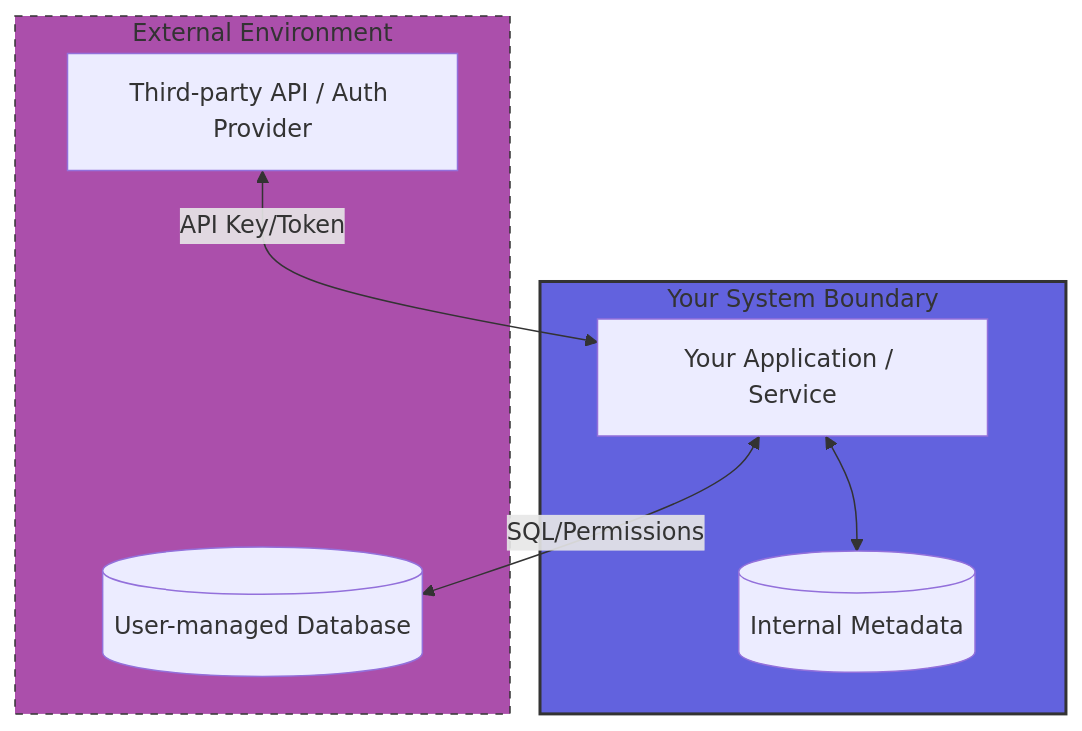
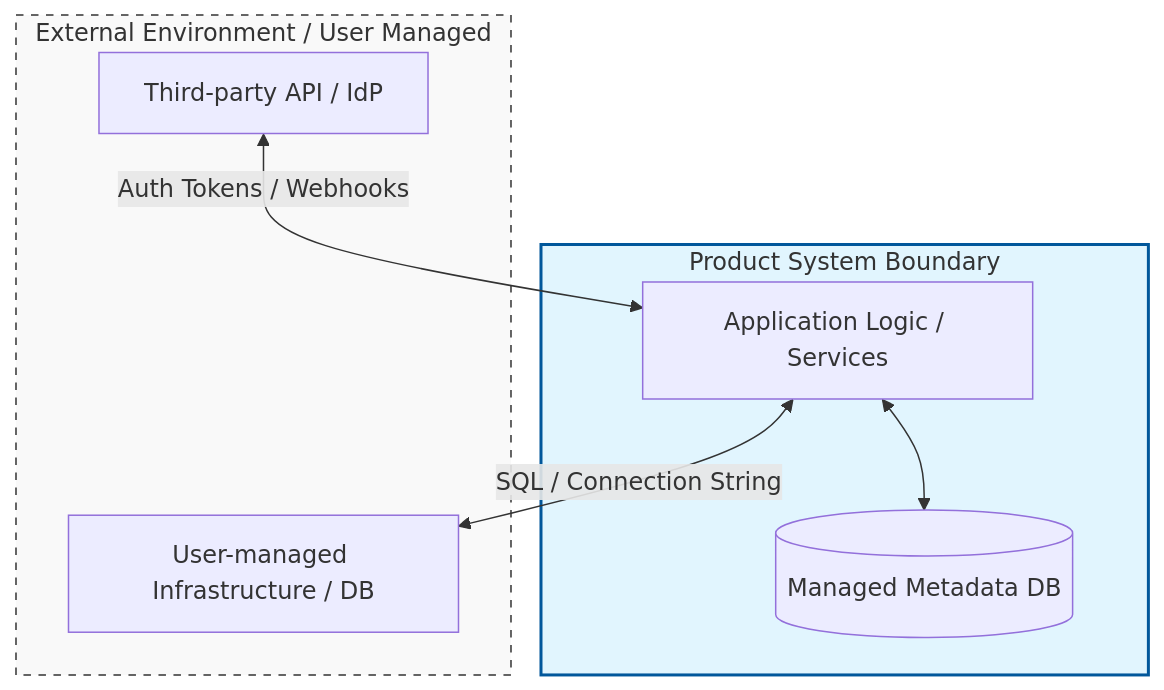
One commit to vaishvanara/techwritingkb changed the diagram in docs/systems-thinking/system-boundary.md. Above: the diagram before and after it, drawn with Mermaid. The commit also changed other lines of this file and 26 other files, not shown here.

````diff
--- a/docs/systems-thinking/system-boundary.md
+++ b/docs/systems-thinking/system-boundary.md
@@ -39,19 +39,19 @@
 ```mermaid
 graph TD
-    subgraph External_Environment [External Environment]
-        ThirdParty[Third-party API / Auth Provider]
-        UserDB[(User-managed Database)]
+    subgraph External_Environment [External Environment / User Managed]
+        ThirdParty[Third-party API / IdP]
+        UserInfra[User-managed Infrastructure / DB]
     end
 
-    subgraph System_Boundary [Your System Boundary]
-        App[Your Application / Service]
-        InternalDB[(Internal Metadata)]
+    subgraph System_Boundary [Product System Boundary]
+        App[Application Logic / Services]
+        InternalDB[(Managed Metadata DB)]
     end
 
-    ThirdParty <-->|API Key/Token| App
-    App <-->|SQL/Permissions| UserDB
+    ThirdParty <-->|Auth Tokens / Webhooks| App
+    App <-->|SQL / Connection String| UserInfra
     App <--> InternalDB
 
-    style External_Environment fill:#AB4FAB,stroke:#333,stroke-dasharray: 5 5
-    style System_Boundary fill:#6262DE,stroke:#333,stroke-width:2px
+    style External_Environment fill:#f9f9f9,stroke:#333,stroke-dasharray: 5 5
+    style System_Boundary fill:#e1f5fe,stroke:#01579b,stroke-width:2px
 ```
````
